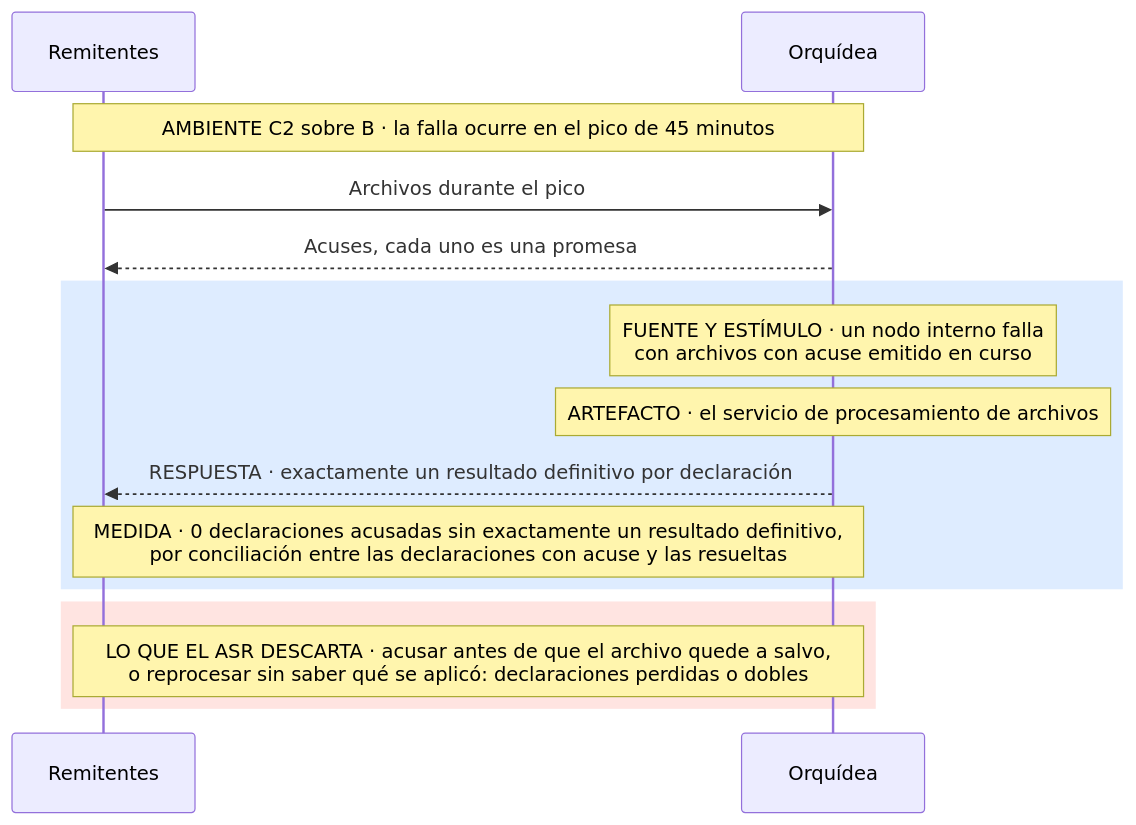
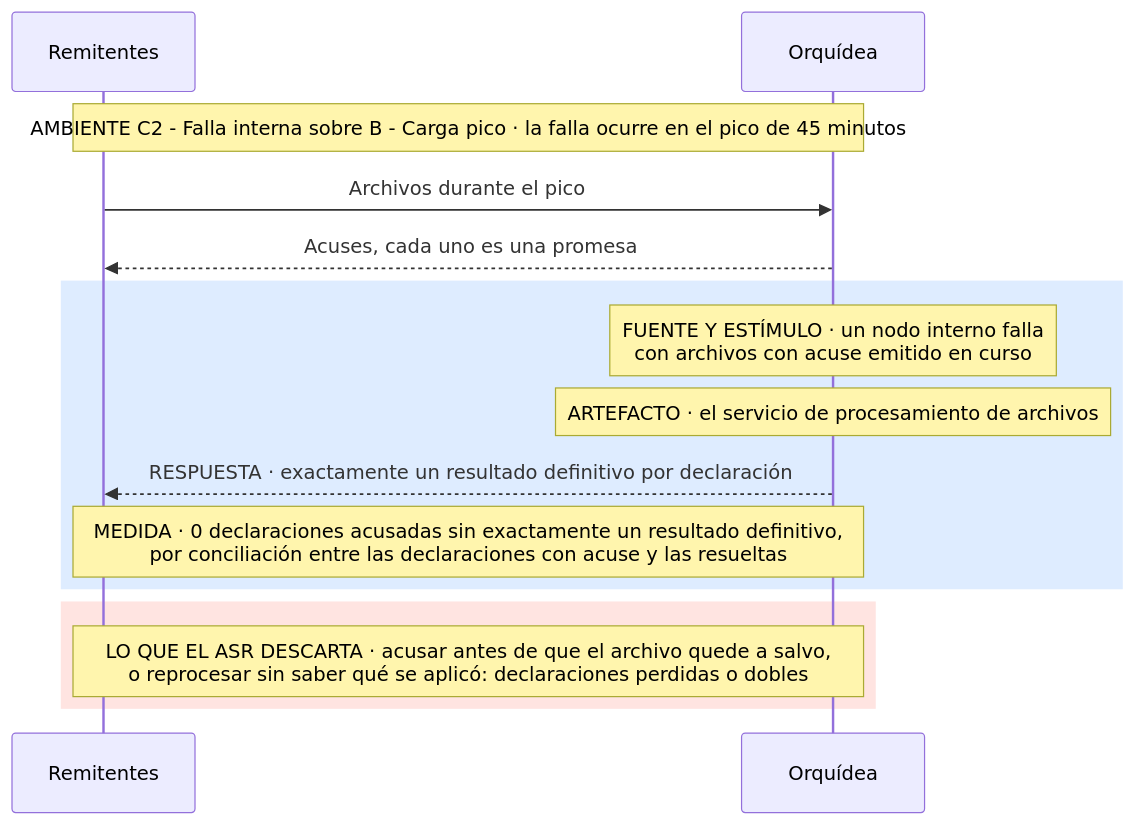
Before and after one commit to MATI-MBIT/arqsoft-reto-4: the eighth of 17 diagrams in docs/quality-attributes.md, drawn with Mermaid. The commit also changed other lines of this file and 6 other files, not shown here.

````diff
--- a/docs/quality-attributes.md
+++ b/docs/quality-attributes.md
@@ -438,17 +438,17 @@
 ```mermaid
 sequenceDiagram
     participant R as Remitentes
     participant O as Orquídea
-    Note over R,O: AMBIENTE C2 sobre B · la falla ocurre en el pico de 45 minutos
+    Note over R,O: AMBIENTE C2 - Falla interna sobre B - Carga pico · la falla ocurre en el pico de 45 minutos
     R->>O: Archivos durante el pico
     O-->>R: Acuses, cada uno es una promesa
     rect rgb(222, 236, 255)
     Note over O: FUENTE Y ESTÍMULO · un nodo interno falla<br/>con archivos con acuse emitido en curso
     Note over O: ARTEFACTO · el servicio de procesamiento de archivos
     O-->>R: RESPUESTA · exactamente un resultado definitivo por declaración
     Note over R,O: MEDIDA · 0 declaraciones acusadas sin exactamente un resultado definitivo,<br/>por conciliación entre las declaraciones con acuse y las resueltas
     end
     rect rgb(255, 228, 225)
     Note over R,O: LO QUE EL ASR DESCARTA · acusar antes de que el archivo quede a salvo,<br/>o reprocesar sin saber qué se aplicó: declaraciones perdidas o dobles
     end
 ```
````
